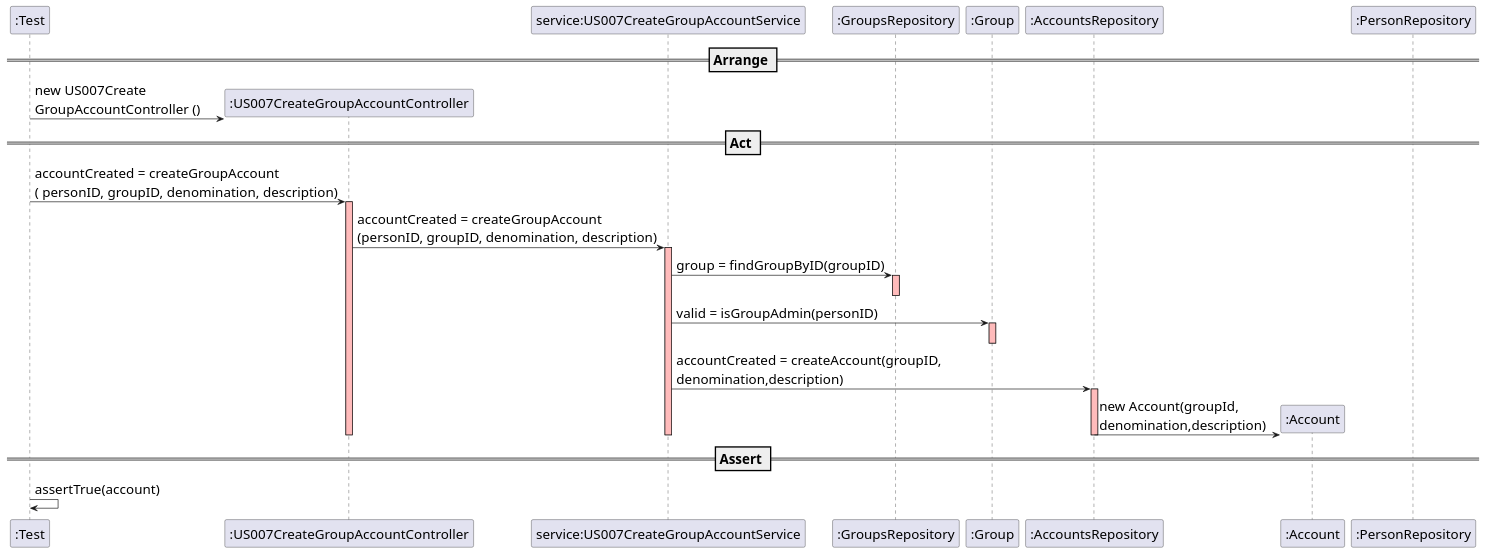
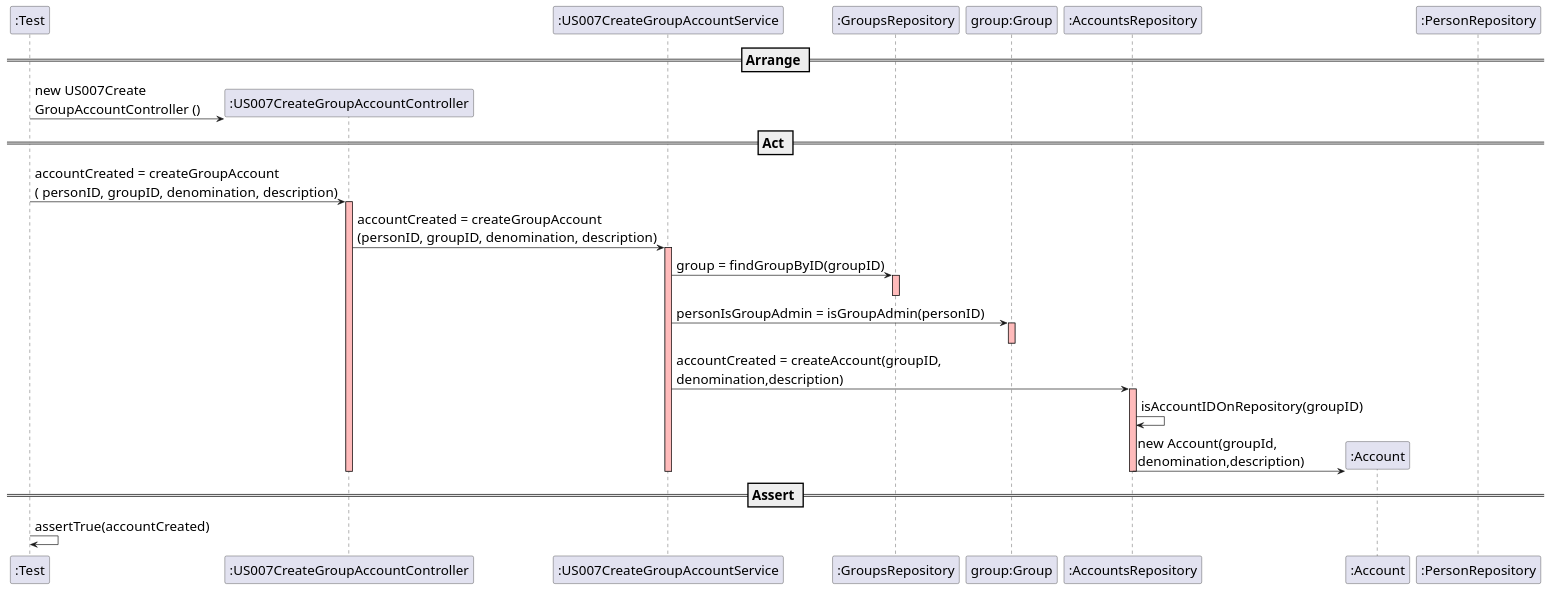
The diagram in src/main/java/switch2019/project/controllers/US007CreateGroupAccountSD.puml (mleitaoribeiro/DevOpsMaven), drawn with PlantUML before and after one commit. The commit also changed 2 other files, not shown here.

Commit message:
fix #653: US007 Sequency diagram changes

```diff
--- a/src/main/java/switch2019/project/controllers/US007CreateGroupAccountSD.puml
+++ b/src/main/java/switch2019/project/controllers/US007CreateGroupAccountSD.puml
@@ -1,43 +1,47 @@
 @startuml
 skinparam DefaultFontSize 20
 create ":Test"
 
 == Arrange ==
 create ":US007CreateGroupAccountController"
 ":Test" -> ":US007CreateGroupAccountController" : new US007Create\nGroupAccountController ()
 
 == Act ==
 
 ":Test" -> ":US007CreateGroupAccountController" : accountCreated = createGroupAccount\n( personID, groupID, denomination, description)
 activate ":US007CreateGroupAccountController"  #FFBBBB
 
-":US007CreateGroupAccountController" -> "service:US007CreateGroupAccountService" : accountCreated = createGroupAccount\n(personID, groupID, denomination, description)
-activate "service:US007CreateGroupAccountService"  #FFBBBB
+":US007CreateGroupAccountController" -> ":US007CreateGroupAccountService" : accountCreated = createGroupAccount\n(personID, groupID, denomination, description)
+activate ":US007CreateGroupAccountService"  #FFBBBB
 
-"service:US007CreateGroupAccountService" -> ":GroupsRepository" : group = findGroupByID(groupID)
+":US007CreateGroupAccountService" -> ":GroupsRepository" : group = findGroupByID(groupID)
 activate ":GroupsRepository"  #FFBBBB
 deactivate ":GroupsRepository"  #FFBBBB
 
-"service:US007CreateGroupAccountService" -> ":Group" : valid = isGroupAdmin(personID)
-activate ":Group" #FFBBBB
-deactivate ":Group" #FFBBBB
+":US007CreateGroupAccountService" -> "group:Group" : personIsGroupAdmin = isGroupAdmin(personID)
+activate "group:Group" #FFBBBB
+deactivate "group:Group" #FFBBBB
 
 
-"service:US007CreateGroupAccountService" -> ":AccountsRepository" : accountCreated = createAccount(groupID, \ndenomination,description)
+
+":US007CreateGroupAccountService" -> ":AccountsRepository" : accountCreated = createAccount(groupID, \ndenomination,description)
 activate ":AccountsRepository" #FFBBBB
+
+":AccountsRepository" -> ":AccountsRepository" : isAccountIDOnRepository(groupID)
+
 
 create ":Account"
 ":AccountsRepository" -> ":Account" : new Account(groupId, \ndenomination,description)
 
 deactivate ":AccountsRepository" #FFBBBB
-deactivate ":Group" #FFBBBB
+deactivate "group:Group" #FFBBBB
 deactivate ":PersonRepository" #FFBBBB
 deactivate ":GroupsRepository" #FFBBBB
-deactivate "service:US007CreateGroupAccountService"  #FFBBBB
+deactivate ":US007CreateGroupAccountService"  #FFBBBB
 deactivate ":US007CreateGroupAccountController" #FFBBBB
 
 == Assert ==
 
-":Test" -> ":Test" : assertTrue(account)
+":Test" -> ":Test" : assertTrue(accountCreated)
 
 @enduml
```
